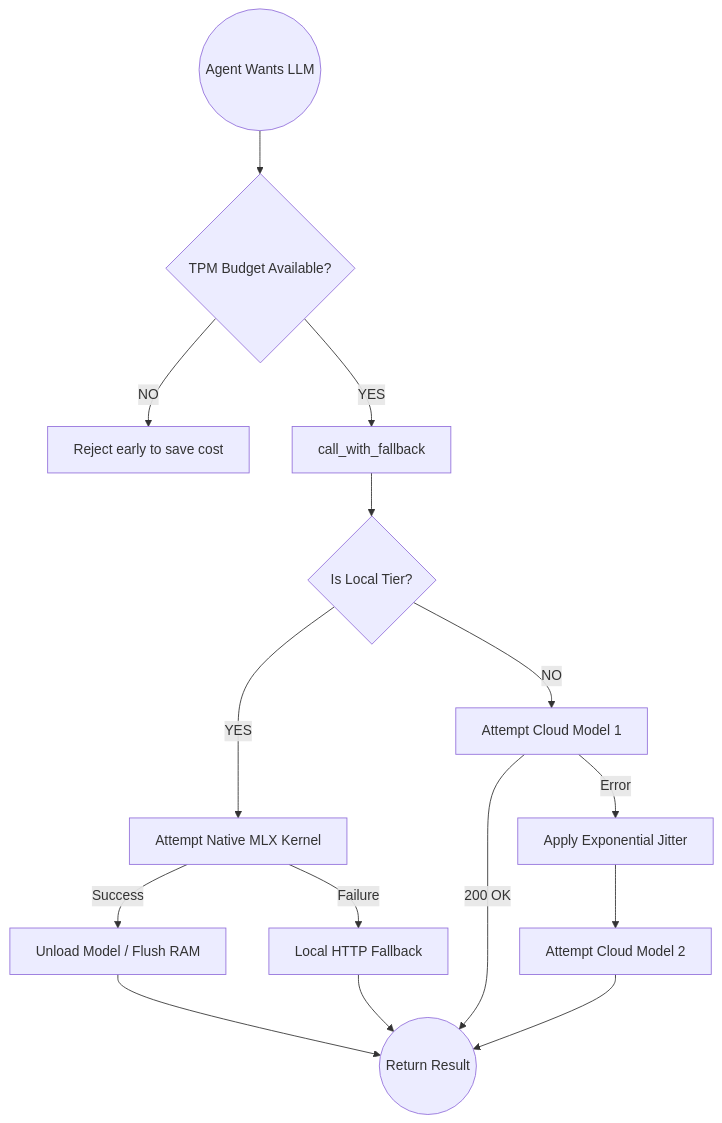
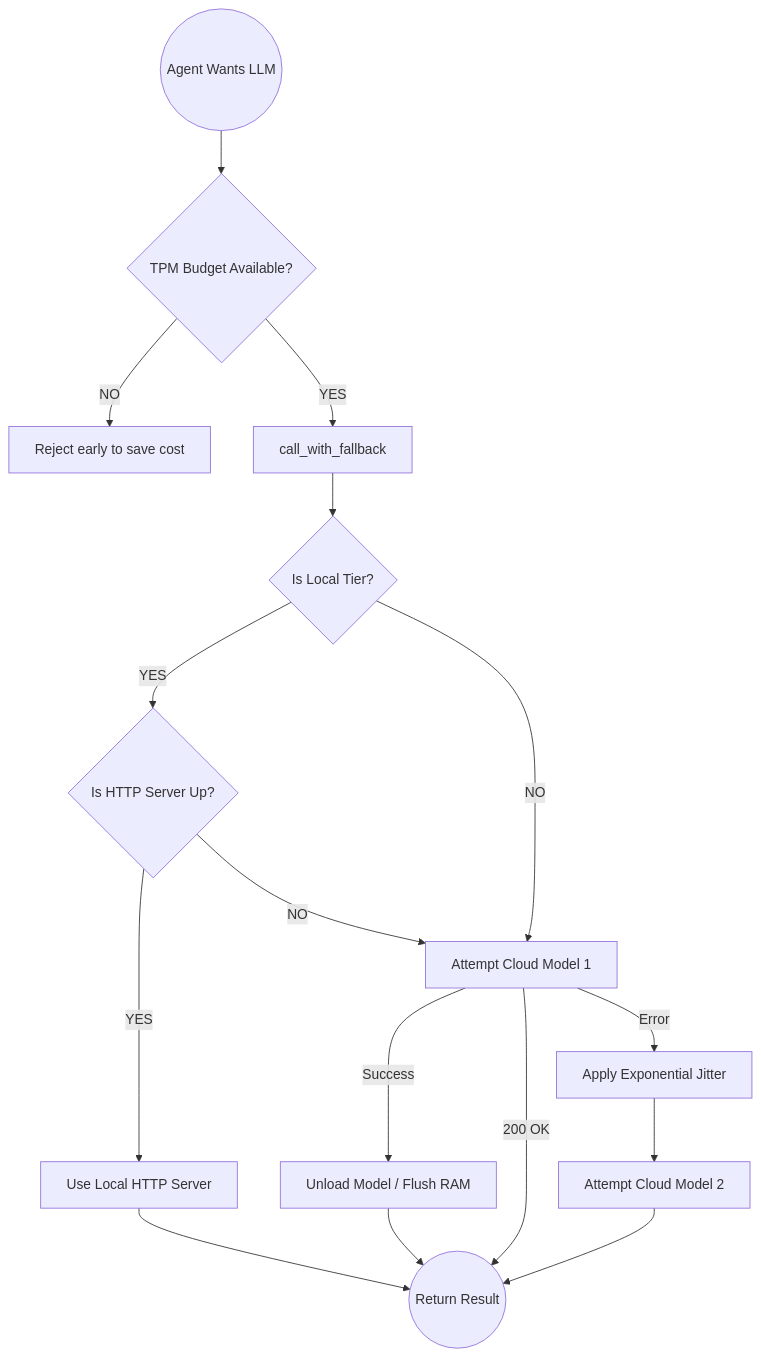
The diagram in docs/components/config_doc.md (pushkarverma3698/FounderOS), drawn with Mermaid before and after one commit. The commit also changed other lines of this file and 4 other files, not shown here.

````diff
--- a/docs/components/config_doc.md
+++ b/docs/components/config_doc.md
@@ -17,19 +19,20 @@
 ```mermaid
 graph TD
     Trigger((Agent Wants LLM)) --> A{TPM Budget Available?}
     A -- NO --> B[Reject early to save cost]
     A -- YES --> C[call_with_fallback]
     
     C --> D{Is Local Tier?}
-    D -- YES --> E[Attempt Native MLX Kernel]
-    E -- Success --> V8[Unload Model / Flush RAM]
+    D -- YES --> E{Is HTTP Server Up?}
+    E -- YES --> F[Use Local HTTP Server]
+    E -- NO --> G[Attempt Native MLX Kernel]
+    G -- Success --> V8[Unload Model / Flush RAM]
     V8 --> Z((Return Result))
-    E -- Failure --> F[Local HTTP Fallback]
     F --> Z
 
     D -- NO --> G[Attempt Cloud Model 1]
     G -- 200 OK --> Z
     G -- Error --> H[Apply Exponential Jitter]
     H --> I[Attempt Cloud Model 2]
     I --> Z
 ```
````
